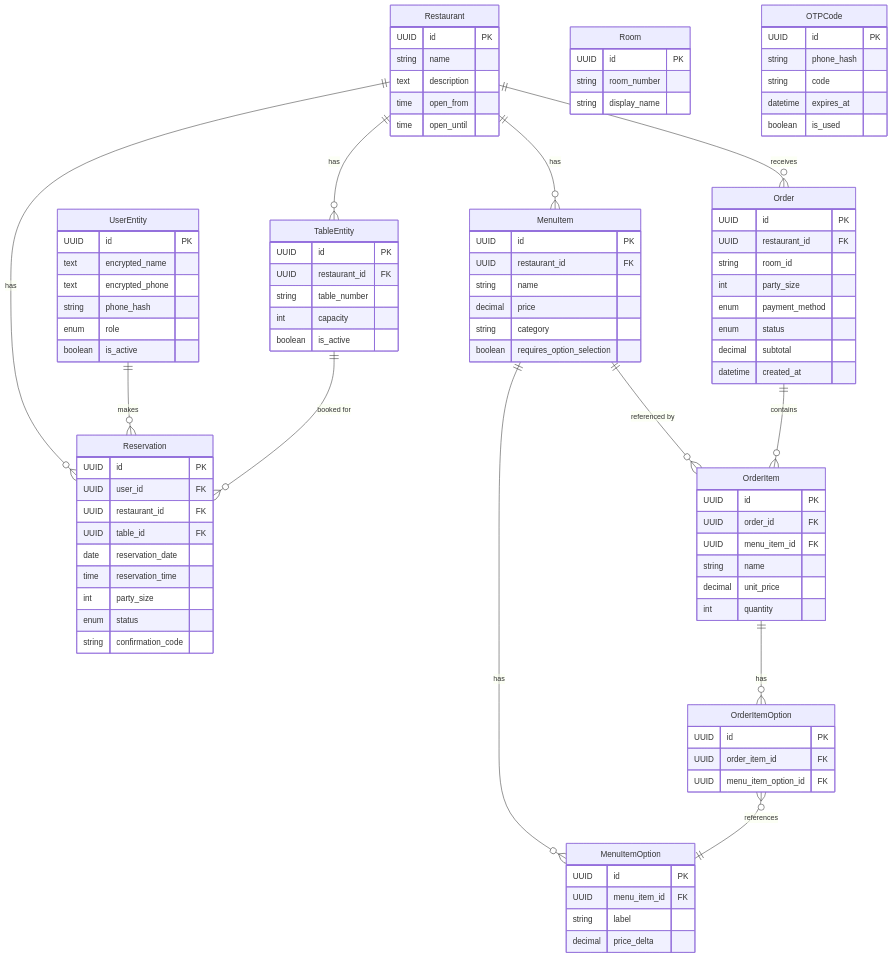
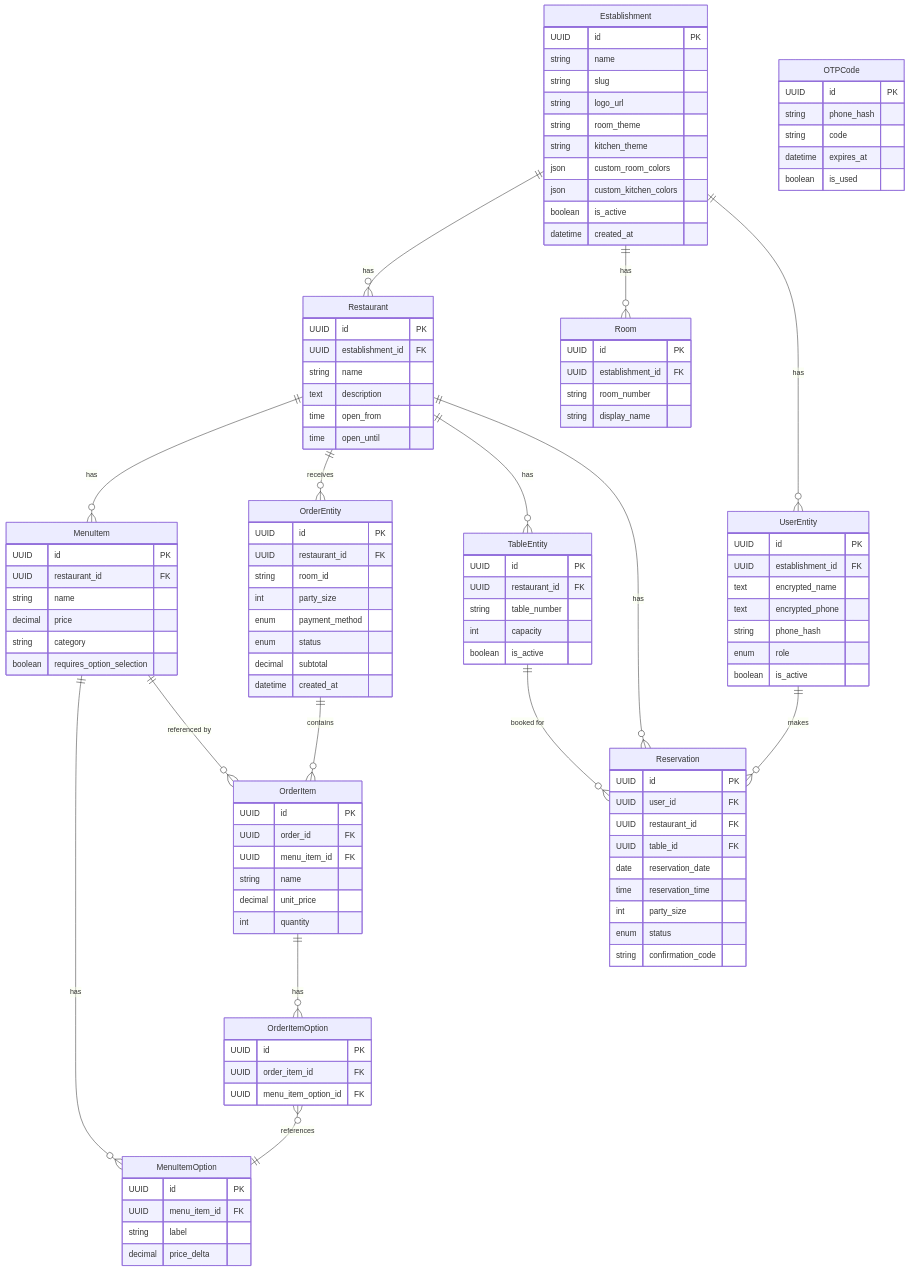
Before and after one commit to amal-sajeev/resto_dem: the diagram in SPECIFICATION.md, drawn with Mermaid. The commit also changed other lines of this file and 1 other file, not shown here.

````diff
--- a/SPECIFICATION.md
+++ b/SPECIFICATION.md
@@ -265,22 +303,40 @@
 ```mermaid
 erDiagram
+    Establishment ||--o{ Restaurant : "has"
+    Establishment ||--o{ Room : "has"
+    Establishment ||--o{ UserEntity : "has"
+
     Restaurant ||--o{ MenuItem : "has"
-    Restaurant ||--o{ Order : "receives"
+    Restaurant ||--o{ OrderEntity : "receives"
     Restaurant ||--o{ TableEntity : "has"
     Restaurant ||--o{ Reservation : "has"
 
     MenuItem ||--o{ MenuItemOption : "has"
     MenuItem ||--o{ OrderItem : "referenced by"
 
-    Order ||--o{ OrderItem : "contains"
+    OrderEntity ||--o{ OrderItem : "contains"
     OrderItem ||--o{ OrderItemOption : "has"
     OrderItemOption }o--|| MenuItemOption : "references"
 
     UserEntity ||--o{ Reservation : "makes"
     TableEntity ||--o{ Reservation : "booked for"
 
+    Establishment {
+        UUID id PK
+        string name
+        string slug
+        string logo_url
+        string room_theme
+        string kitchen_theme
+        json custom_room_colors
+        json custom_kitchen_colors
+        boolean is_active
+        datetime created_at
+    }
+
     Restaurant {
         UUID id PK
+        UUID establishment_id FK
         string name
         text description
         time open_from
@@ -303,7 +359,7 @@
         decimal price_delta
     }
 
-    Order {
+    OrderEntity {
         UUID id PK
         UUID restaurant_id FK
         string room_id
@@ -331,12 +387,14 @@
 
     Room {
         UUID id PK
+        UUID establishment_id FK
         string room_number
         string display_name
     }
 
     UserEntity {
         UUID id PK
+        UUID establishment_id FK
         text encrypted_name
         text encrypted_phone
         string phone_hash
````
